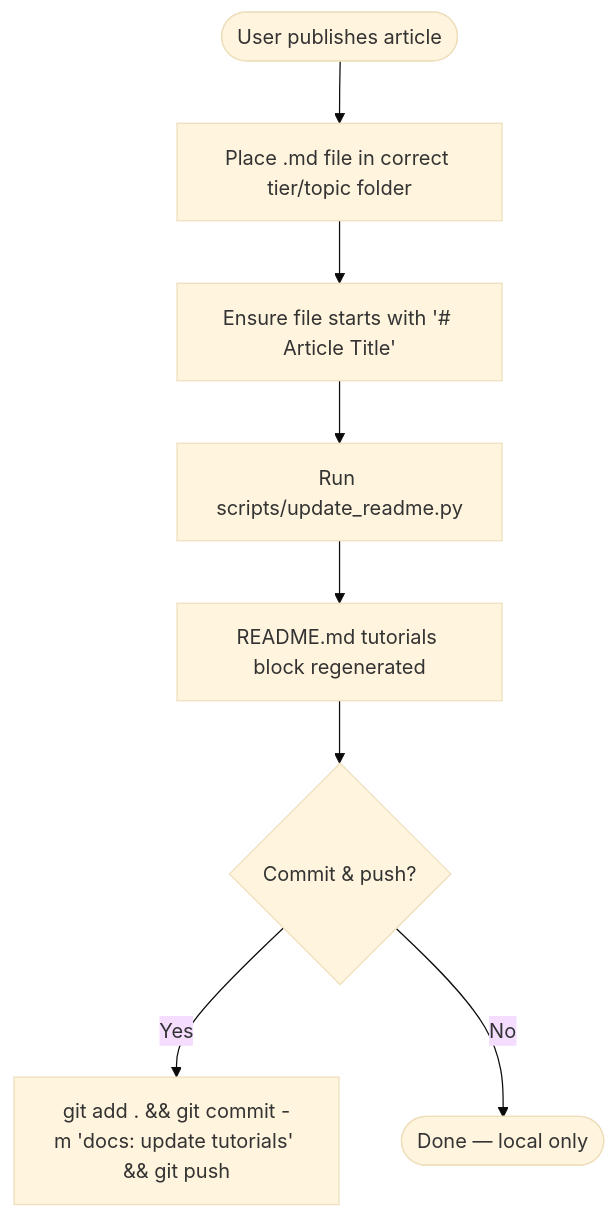
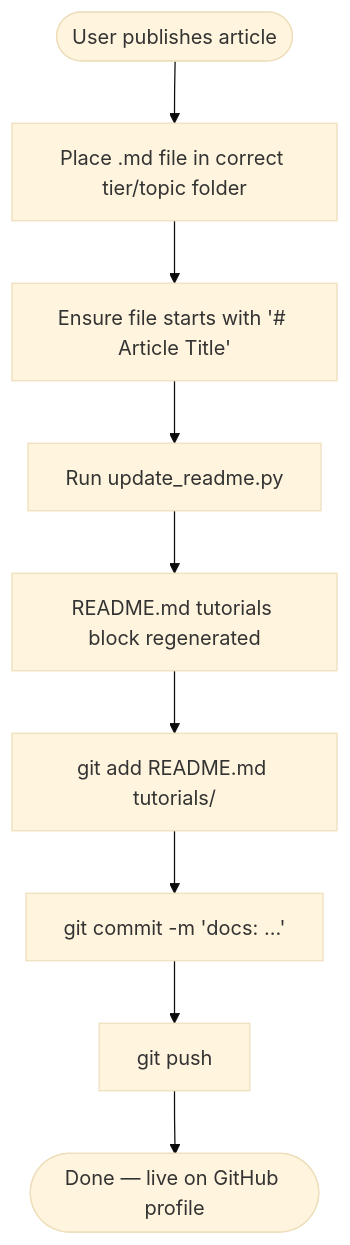
Before and after one commit to boycececil666gmailcom/boycececil666gmailcom: the diagram in .copilot/skills/update-readme/SKILL.md, drawn with Mermaid (base theme). The commit also changed other lines of this file and 1 other file, not shown here.

Commit message:
feat: update skills to include git push as mandatory final step

````diff
--- a/.copilot/skills/update-readme/SKILL.md
+++ b/.copilot/skills/update-readme/SKILL.md
@@ -40,10 +40,11 @@
 ```mermaid
 flowchart TD
     A([User publishes article]) --> B[Place .md file in correct tier/topic folder]
     B --> C[Ensure file starts with '# Article Title']
-    C --> D[Run scripts/update_readme.py]
+    C --> D[Run update_readme.py]
     D --> E[README.md tutorials block regenerated]
-    E --> F{Commit & push?}
-    F -- Yes --> G[git add . && git commit -m 'docs: update tutorials' && git push]
-    F -- No --> H([Done — local only])
+    E --> F[git add README.md tutorials/]
+    F --> G["git commit -m 'docs: ...'"]
+    G --> H[git push]
+    H --> I([Done — live on GitHub profile])
 ```
````
